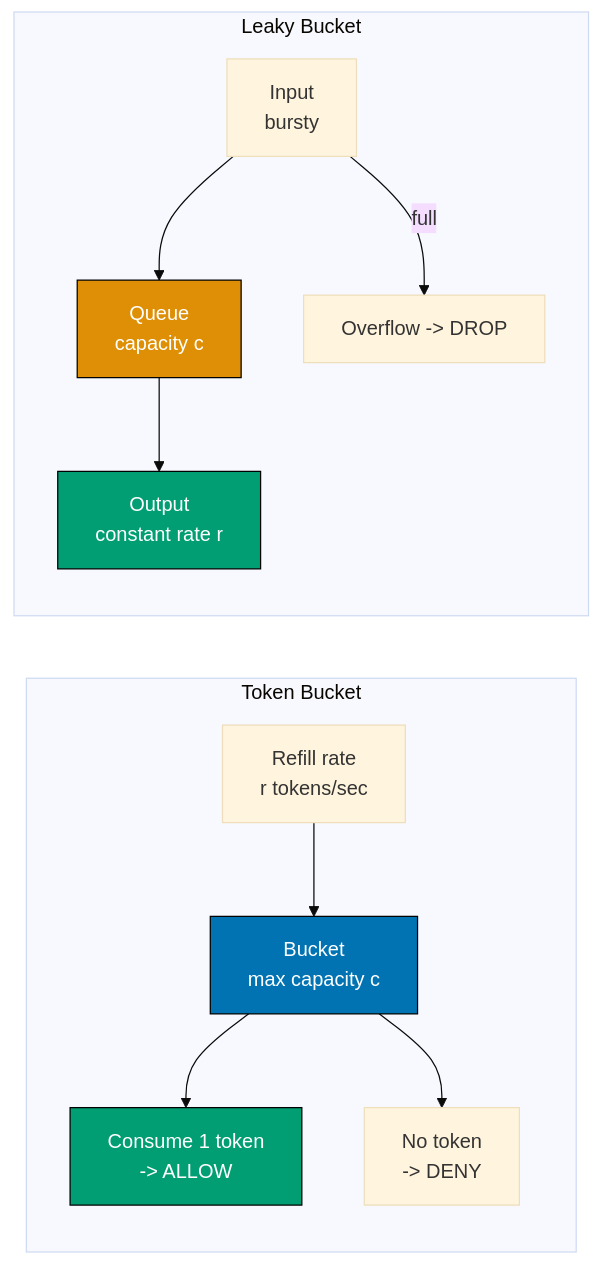
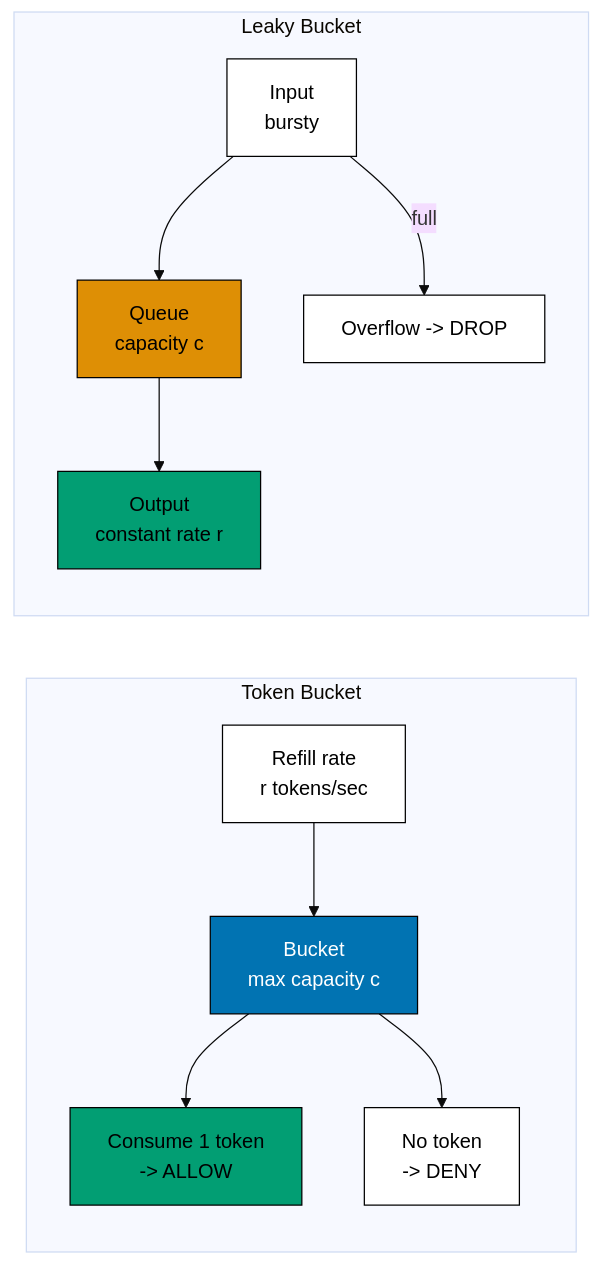
Diagram 12 of 12 in apps/ayokoding-www/content/en/learn/legacy/software-engineering/networking/by-example/advanced.md (wahidyankf/ose-public), drawn with Mermaid (base theme) before and after one commit. The commit also changed other lines of this file and 78 other files, not shown here.

First line of the commit message:
fix(mermaid): bring the remaining legacy software-engineering diagrams onto the accessible palette

````diff
--- a/apps/ayokoding-www/content/en/learn/legacy/software-engineering/networking/by-example/advanced.md
+++ b/apps/ayokoding-www/content/en/learn/legacy/software-engineering/networking/by-example/advanced.md
@@ -2772,27 +2852,33 @@
 ```mermaid
 %% Color Palette: Blue #0173B2, Orange #DE8F05, Teal #029E73, Purple #CC78BC, Brown #CA9161
 graph LR
+    accTitle: Example 82: Rate Limiting Algorithms — Token Bucket and Leaky Bucket
+    accDescr: Graph with 8 nodes and 6 connections. Nodes: Refill rate r tokens/sec, Bucket max capacity c, Consume 1 token -> ALLOW, No token -> DENY, Input bursty, Queue capacity c, Output constant rate r, Overflow -> DROP. Connections: Refill rate r tokens/sec to Bucket max capacity c, Bucket max capacity c to Consume 1 token -> ALLOW, Bucket max capacity c to No token -> DENY, Input bursty to Queue capacity c, Queue capacity c to Output constant rate r, Input bursty to Overflow -> DROP (full).
     subgraph TB["Token Bucket"]
         TR["Refill rate<br/>r tokens/sec"]
         TK["Bucket<br/>max capacity c"]
         TP["Consume 1 token<br/>-> ALLOW"]
         TD["No token<br/>-> DENY"]
     end
     subgraph LB["Leaky Bucket"]
         LI["Input<br/>bursty"]
         LQ["Queue<br/>capacity c"]
         LO["Output<br/>constant rate r"]
         LF["Overflow -> DROP"]
     end
 
     TR --> TK
     TK --> TP
     TK --> TD
     LI --> LQ --> LO
     LI -->|full| LF
 
-    style TK fill:#0173B2,stroke:#000,color:#fff
-    style LQ fill:#DE8F05,stroke:#000,color:#fff
-    style TP fill:#029E73,stroke:#000,color:#fff
-    style LO fill:#029E73,stroke:#000,color:#fff
+    classDef pal-0173B2 fill:#0173B2,stroke:#000000,color:#FFFFFF
+    class TK pal-0173B2
+    classDef pal-DE8F05 fill:#DE8F05,stroke:#000000,color:#000000
+    class LQ pal-DE8F05
+    classDef pal-029E73 fill:#029E73,stroke:#000000,color:#000000
+    class TP pal-029E73
+    class LO pal-029E73
+    classDef default fill:#FFFFFF,stroke:#000000,color:#000000
 ```
````
